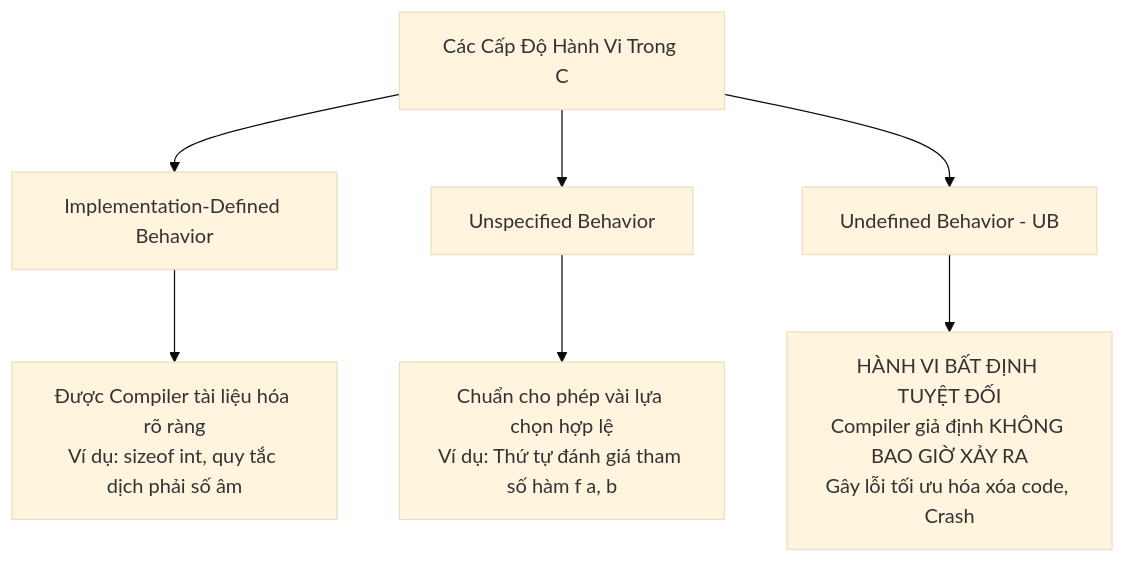
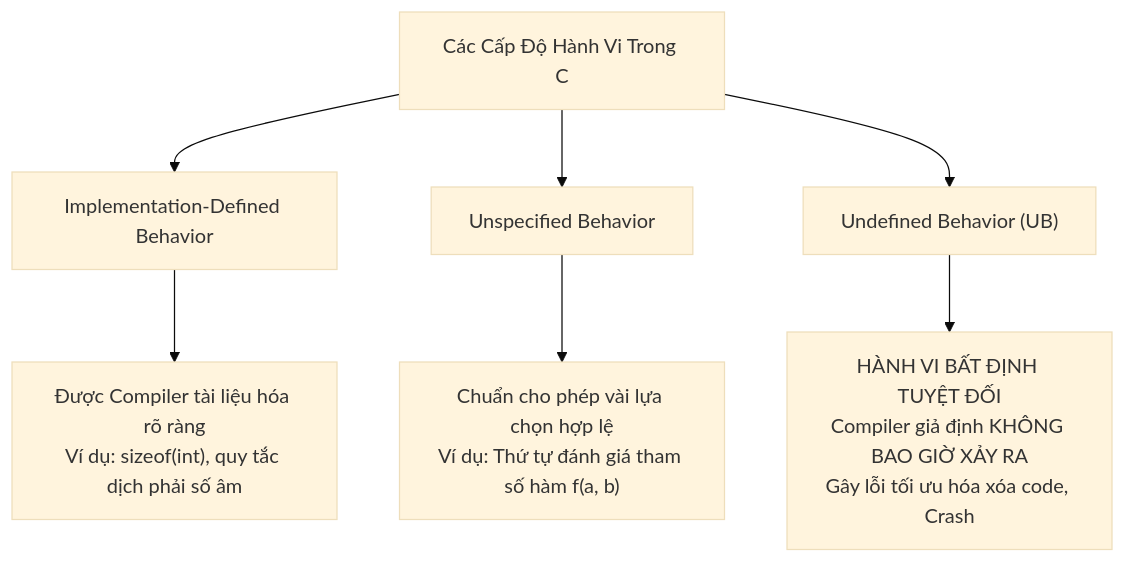
Before and after one commit to thinh1210/Obsidian: the first of 2 diagrams in C_Cpp_Mastery_Handbook/08_Undefined_Behavior_and_Safety_Standards.md, drawn with Mermaid (base theme). The commit also changed other lines of this file and 45 other files, not shown here.

````diff
--- a/C_Cpp_Mastery_Handbook/08_Undefined_Behavior_and_Safety_Standards.md
+++ b/C_Cpp_Mastery_Handbook/08_Undefined_Behavior_and_Safety_Standards.md
@@ -12,10 +12,10 @@
 ```mermaid
 graph TD
-    Behavior[Các Cấp Độ Hành Vi Trong C] --> IDB[Implementation-Defined Behavior]
-    Behavior --> USB[Unspecified Behavior]
-    Behavior --> UB[Undefined Behavior - UB]
+    Behavior["Các Cấp Độ Hành Vi Trong C"] --> IDB["Implementation-Defined Behavior"]
+    Behavior --> USB["Unspecified Behavior"]
+    Behavior --> UB["Undefined Behavior (UB)"]
     
-    IDB --> IDB_Ex[Được Compiler tài liệu hóa rõ ràng<br/>Ví dụ: sizeof int, quy tắc dịch phải số âm]
-    USB --> USB_Ex[Chuẩn cho phép vài lựa chọn hợp lệ<br/>Ví dụ: Thứ tự đánh giá tham số hàm f a, b]
-    UB --> UB_Ex[HÀNH VI BẤT ĐỊNH TUYỆT ĐỐI<br/>Compiler giả định KHÔNG BAO GIỜ XẢY RA<br/>Gây lỗi tối ưu hóa xóa code, Crash]
+    IDB --> IDB_Ex["Được Compiler tài liệu hóa rõ ràng<br/>Ví dụ: sizeof(int), quy tắc dịch phải số âm"]
+    USB --> USB_Ex["Chuẩn cho phép vài lựa chọn hợp lệ<br/>Ví dụ: Thứ tự đánh giá tham số hàm f(a, b)"]
+    UB --> UB_Ex["HÀNH VI BẤT ĐỊNH TUYỆT ĐỐI<br/>Compiler giả định KHÔNG BAO GIỜ XẢY RA<br/>Gây lỗi tối ưu hóa xóa code, Crash"]
 ```
````
